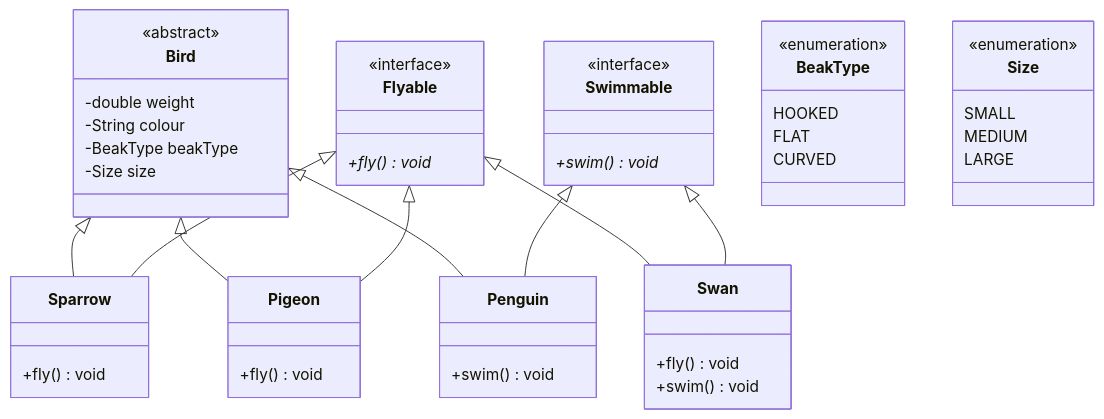
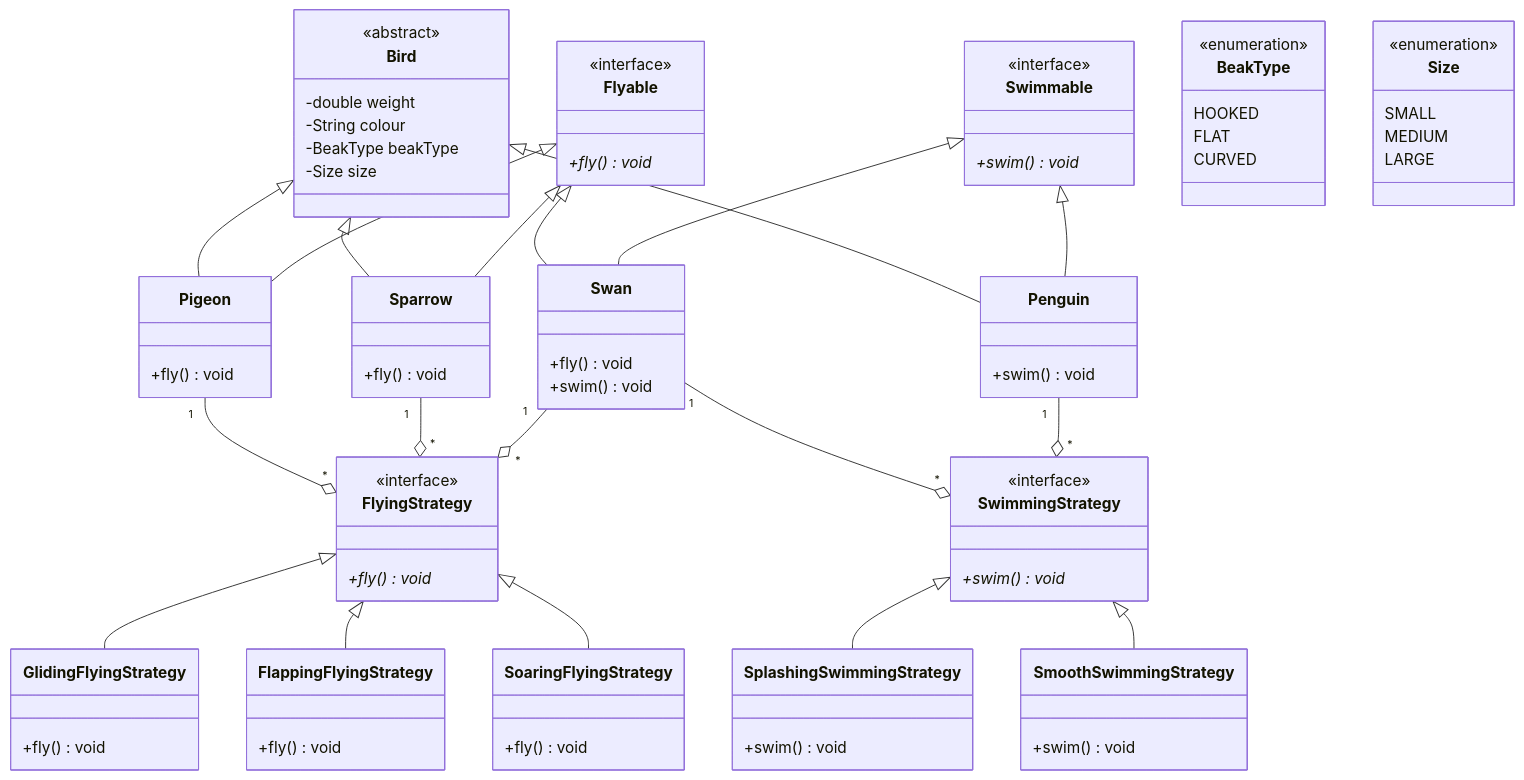
The diagram in lld/src/main/java/com/algos/lld/solid/bird/uml/classdiagram.md (harsharaghurama/fundamentals), drawn with Mermaid before and after one commit.

Commit message:
Updated class diagram to add strategies

````diff
--- a/lld/src/main/java/com/algos/lld/solid/bird/uml/classdiagram.md
+++ b/lld/src/main/java/com/algos/lld/solid/bird/uml/classdiagram.md
@@ -45,13 +45,63 @@
         LARGE
     }
     
+    class FlyingStrategy {
+        <<interface>>
+        +fly()* void
+    }
+    
+    class SwimmingStrategy {
+        <<interface>>
+        +swim()* void
+    }
+    
+    class GlidingFlyingStrategy {
+        +fly() void
+    }
+    
+    class SoaringFlyingStrategy {
+        +fly() void
+    }
+    
+    class FlappingFlyingStrategy {
+        +fly() void
+    }
+    
+    class SplashingSwimmingStrategy {
+        +swim() void
+    }
+    
+    class SmoothSwimmingStrategy {
+        +swim() void
+    }
+    
     Relationships
+    
     Bird <|-- Sparrow
     Bird <|-- Pigeon
     Bird <|-- Penguin
+    
     Flyable <|-- Sparrow
     Flyable <|-- Pigeon
+    Flyable <|-- Swan
     Swimmable <|-- Penguin
-    Flyable <|-- Swan
     Swimmable <|-- Swan
+    
+    FlyingStrategy <|-- GlidingFlyingStrategy
+    FlyingStrategy <|-- FlappingFlyingStrategy
+    FlyingStrategy <|-- SoaringFlyingStrategy
+    SwimmingStrategy <|-- SplashingSwimmingStrategy
+    SwimmingStrategy <|-- SmoothSwimmingStrategy
+    
+    Pigeon "1" --o "*" FlyingStrategy
+    Sparrow "1" --o "*" FlyingStrategy
+     
+    Swan "1" --o "*" SwimmingStrategy
+    Swan "1" --o "*" FlyingStrategy
+    
+    Penguin "1" --o "*" SwimmingStrategy
+    
+    
+    
+    
 ```
````
